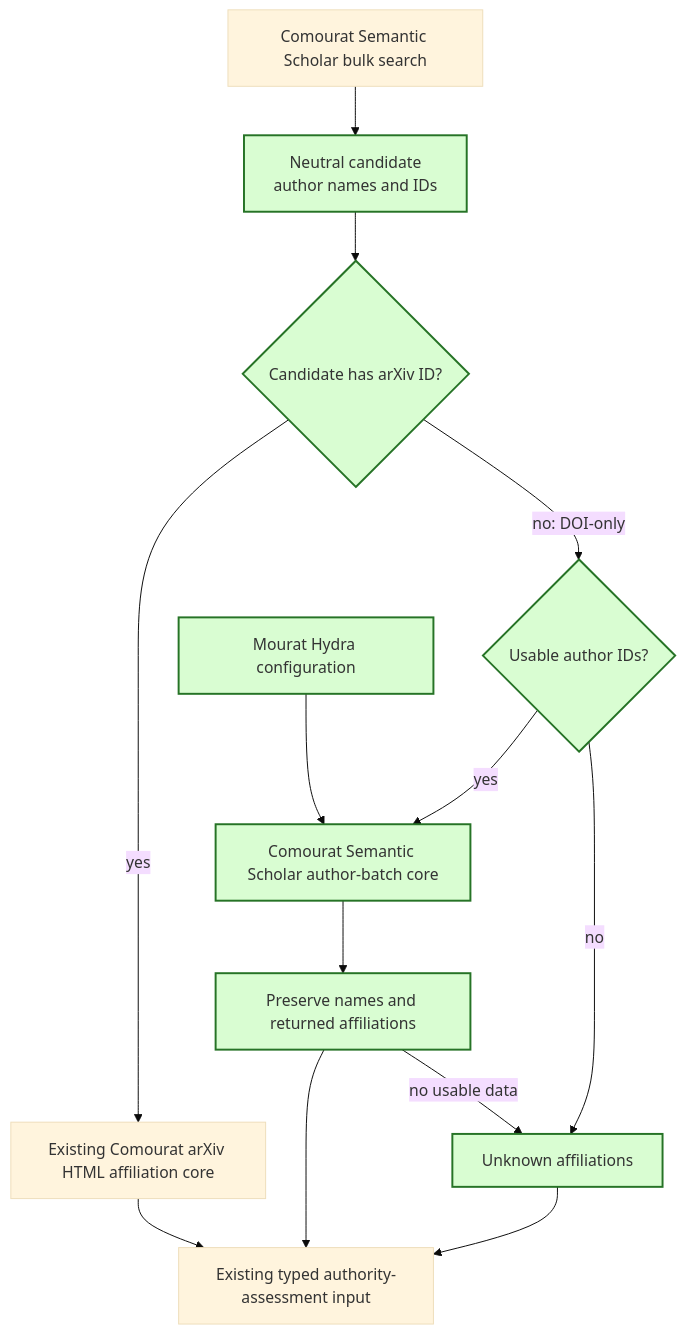
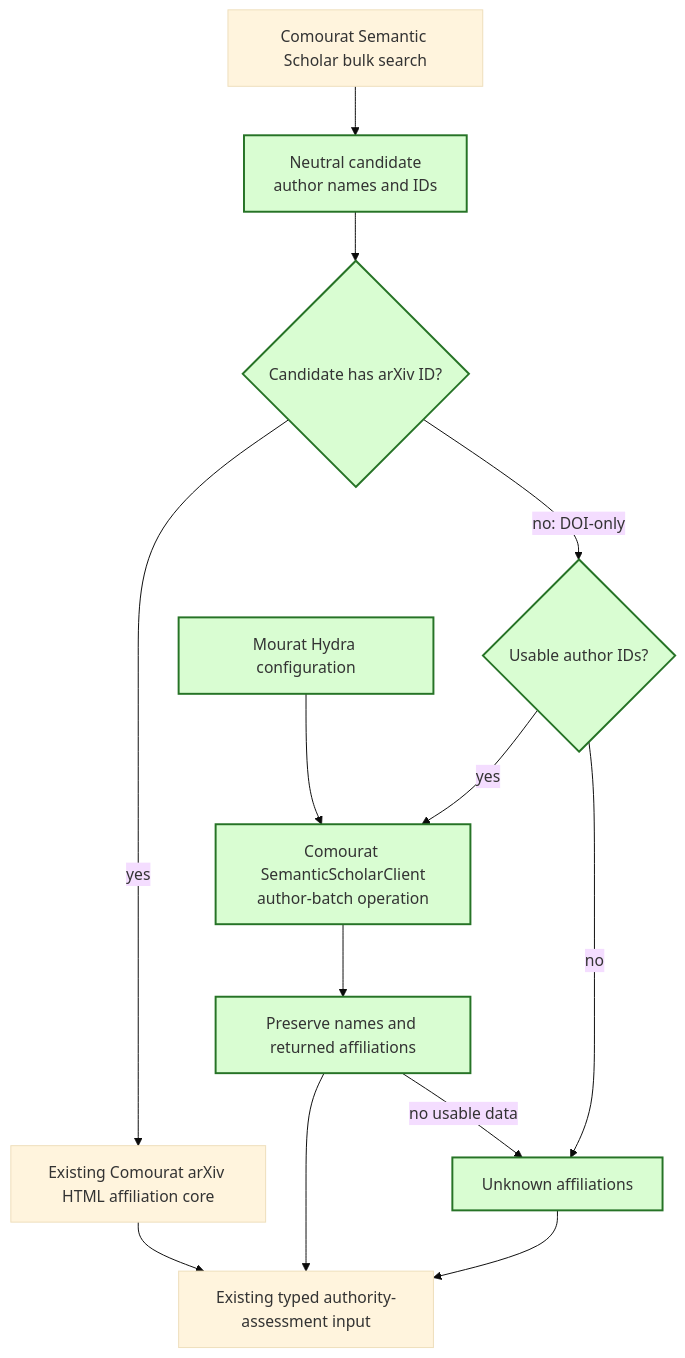
The second of 2 diagrams in .internal/specs/36-semantic-scholar-author-affiliations-kiss-spec.md (anton-pershin/mourat), drawn with Mermaid (base theme) before and after one commit. The commit also changed other lines of this file and 11 other files, not shown here.

Commit message:
Implement Semantic Scholar author affiliations

````diff
--- a/.internal/specs/36-semantic-scholar-author-affiliations-kiss-spec.md
+++ b/.internal/specs/36-semantic-scholar-author-affiliations-kiss-spec.md
@@ -64,17 +64,17 @@
 ```mermaid
 flowchart TD
   Bulk["Comourat Semantic Scholar bulk search"] --> Candidate["Neutral candidate\nauthor names and IDs"]
   Candidate --> Select{"Candidate has arXiv ID?"}
   Select -->|yes| Arxiv["Existing Comourat arXiv HTML affiliation core"]
   Select -->|no: DOI-only| Ids{"Usable author IDs?"}
-  Ids -->|yes| Batch["Comourat Semantic Scholar author-batch core"]
+  Ids -->|yes| Batch["Comourat SemanticScholarClient\nauthor-batch operation"]
   Ids -->|no| Unknown["Unknown affiliations"]
   Arxiv --> Bridge["Existing typed authority-assessment input"]
   Batch --> Convert["Preserve names and returned affiliations"]
   Convert --> Bridge
   Convert -->|no usable data| Unknown
   Unknown --> Bridge
   Config["Mourat Hydra configuration"] --> Batch
   class Candidate,Select,Ids,Batch,Convert,Unknown,Config changed;
   classDef changed fill:#d9fdd2,stroke:#267326,stroke-width:2px;
 ```
````
